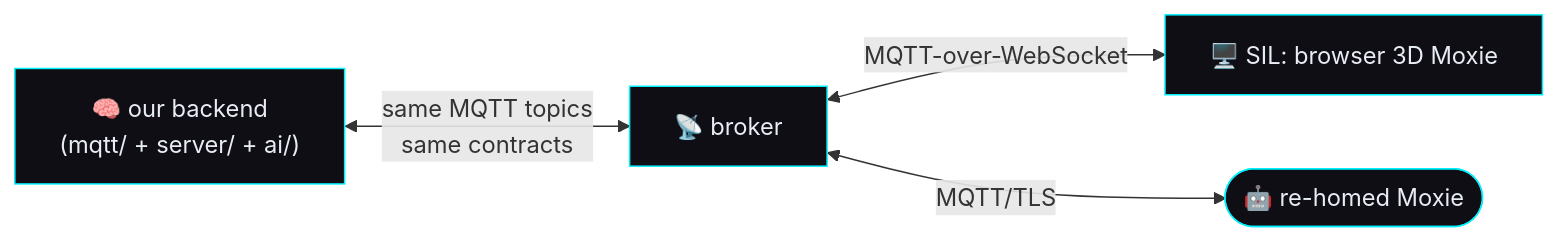
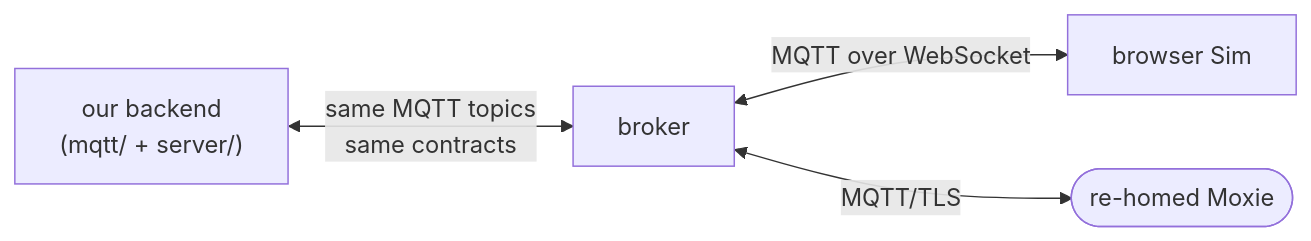
Before and after one commit to mvalancy/moxie-robot-saver: the diagram in sim/web/docs-bundle/architecture/sim-as-a-client.md, drawn with Mermaid. The commit also changed other lines of this file and 454 other files, not shown here.

````diff
--- a/sim/web/docs-bundle/architecture/sim-as-a-client.md
+++ b/sim/web/docs-bundle/architecture/sim-as-a-client.md
@@ -15,8 +12,6 @@
 ```mermaid
 flowchart LR
-  be["🧠 our backend<br/>(mqtt/ + server/ + ai/)"] <-->|"same MQTT topics<br/>same contracts"| broker["📡 broker"]
-  broker <-->|"MQTT-over-WebSocket"| sim["🖥️ SIL: browser 3D Moxie"]
-  broker <-->|"MQTT/TLS"| real(["🤖 re-homed Moxie"])
-  classDef s fill:#0e0e14,stroke:#00f0ff,color:#e8edf5;
-  class be,broker,sim,real s;
+  be["our backend<br/>(mqtt/ + server/)"] <-->|"same MQTT topics<br/>same contracts"| broker["broker"]
+  broker <-->|"MQTT over WebSocket"| sim["browser Sim"]
+  broker <-->|"MQTT/TLS"| real(["re-homed Moxie"])
 ```
````
